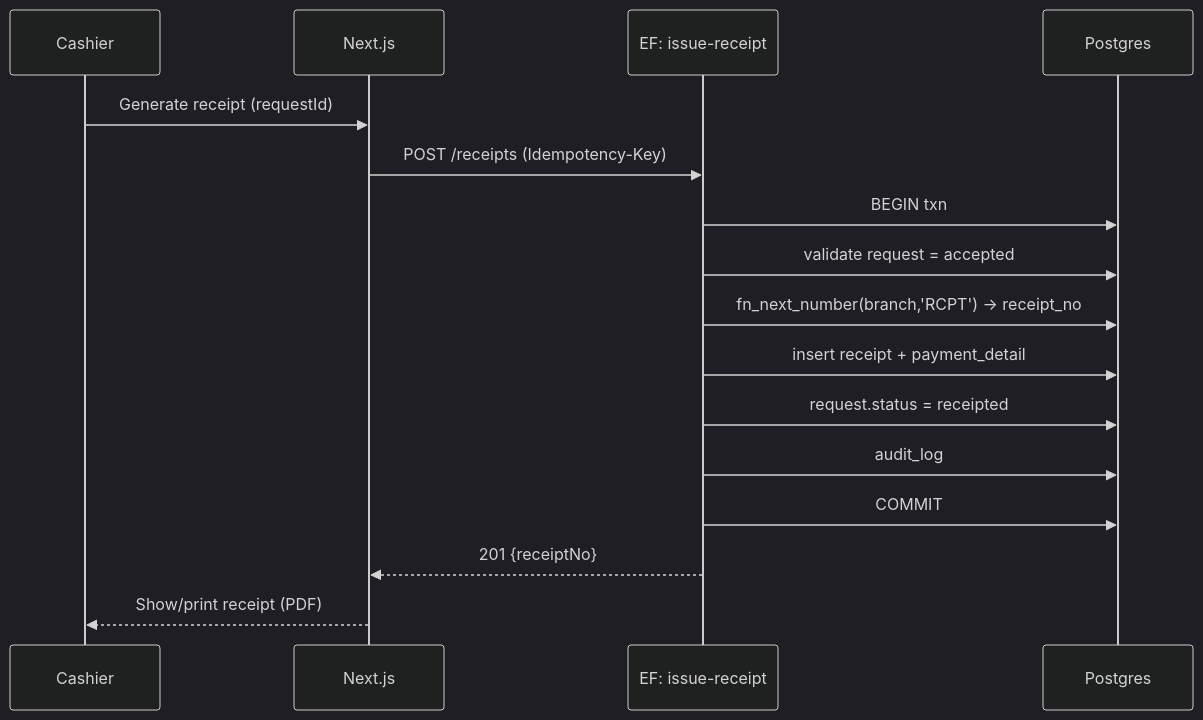
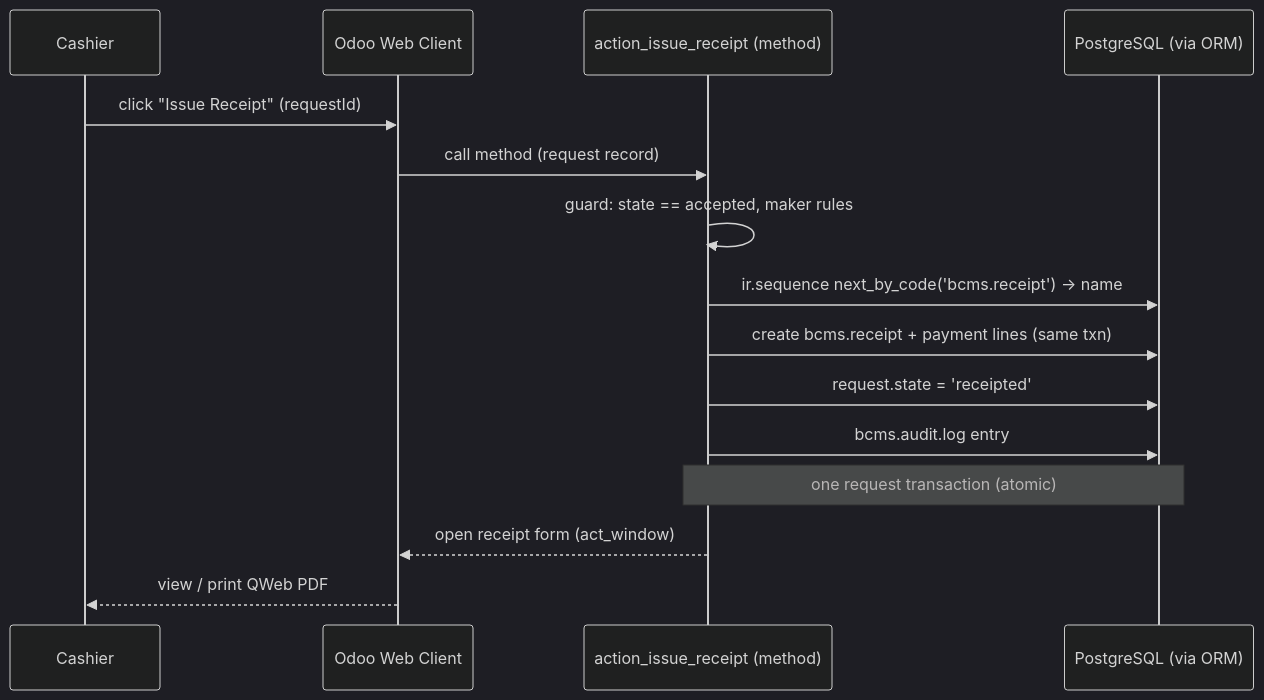
Before and after one commit to arunideen/branch-cash-management-system-odoo: the sixth of 20 diagrams in docs/Workflows.md, drawn with Mermaid (dark theme). The commit also changed other lines of this file and 53 other files, not shown here.

````diff
--- a/docs/Workflows.md
+++ b/docs/Workflows.md
@@ -129,18 +130,17 @@
 ```mermaid
 sequenceDiagram
     participant C as Cashier
-    participant N as Next.js
-    participant EF as EF: issue-receipt
-    participant DB as Postgres
-    C->>N: Generate receipt (requestId)
-    N->>EF: POST /receipts (Idempotency-Key)
-    EF->>DB: BEGIN txn
-    EF->>DB: validate request = accepted
-    EF->>DB: fn_next_number(branch,'RCPT') -> receipt_no
-    EF->>DB: insert receipt + payment_detail
-    EF->>DB: request.status = receipted
-    EF->>DB: audit_log
-    EF->>DB: COMMIT
-    EF-->>N: 201 {receiptNo}
-    N-->>C: Show/print receipt (PDF)
+    participant W as Odoo Web Client
+    participant M as action_issue_receipt (method)
+    participant DB as PostgreSQL (via ORM)
+    C->>W: click "Issue Receipt" (requestId)
+    W->>M: call method (request record)
+    M->>M: guard: state == accepted, maker rules
+    M->>DB: ir.sequence next_by_code('bcms.receipt') -> name
+    M->>DB: create bcms.receipt + payment lines (same txn)
+    M->>DB: request.state = 'receipted'
+    M->>DB: bcms.audit.log entry
+    Note over M,DB: one request transaction (atomic)
+    M-->>W: open receipt form (act_window)
+    W-->>C: view / print QWeb PDF
 ```
````
